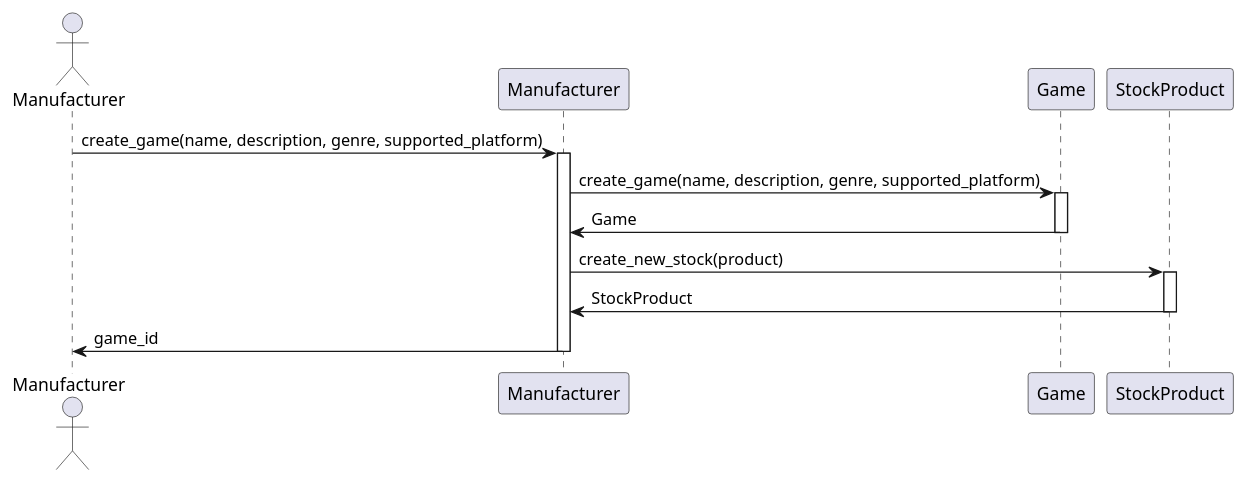
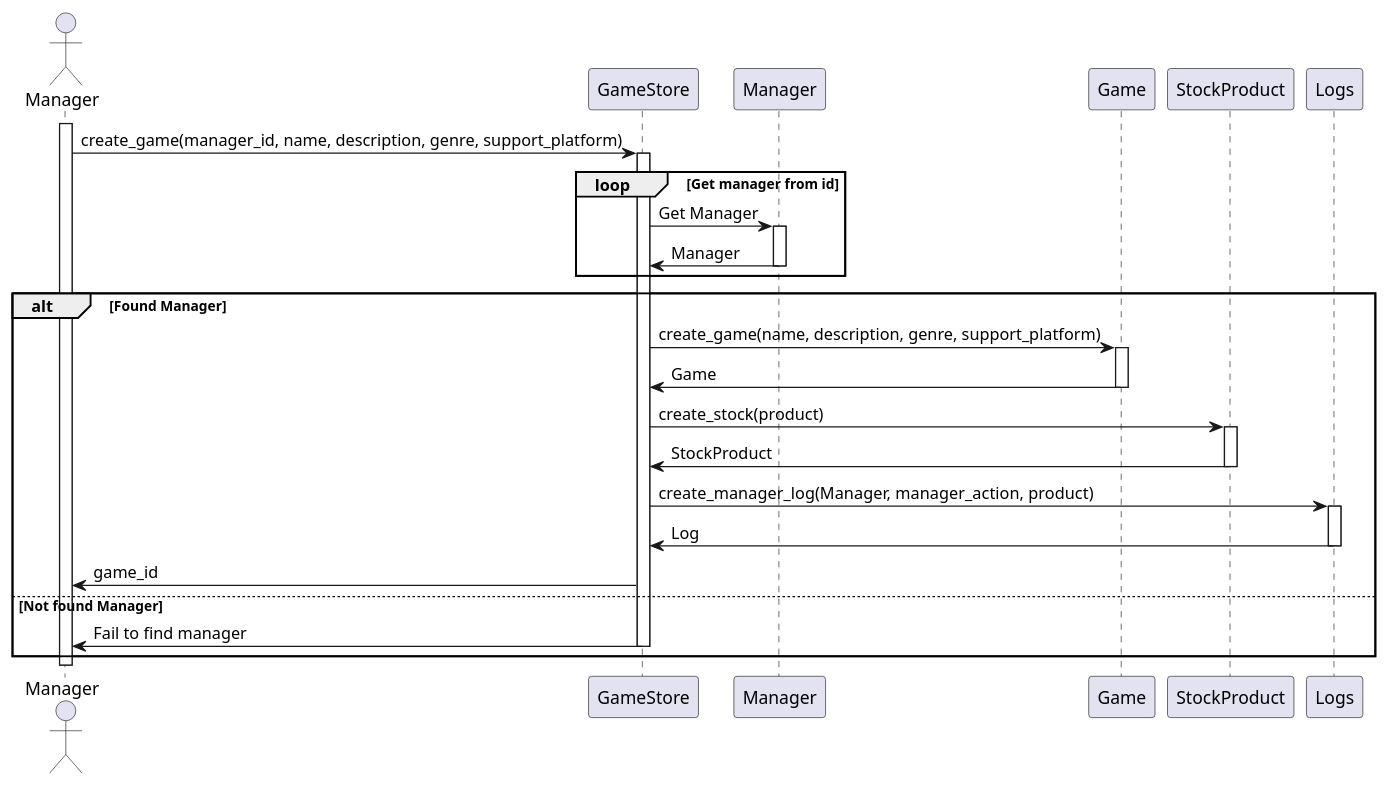
One commit to WaroonRagwongsiri/OOP_Project changed the diagram in SequenceDiagram/sequence_diagram_create_game.puml. Above: the diagram before and after it, drawn with PlantUML. The commit also changed 2 other files, not shown here.

Commit message:
Revised Subscribe seq and Create create_game seq diagram

```diff
--- a/SequenceDiagram/sequence_diagram_create_game.puml
+++ b/SequenceDiagram/sequence_diagram_create_game.puml
@@ -1,27 +1,57 @@
 @startuml SequenceDiagramCreateGame
 
-actor Manufacturer as A_Manufacturer
+actor Manager as A_Manager
 
-participant Manufacturer as P_Manufacturer
+participant GameStore
+participant Manager as P_Manager
 participant Game
 participant StockProduct
+participant Logs
 
-A_Manufacturer -> P_Manufacturer : create_game(name, description, genre, supported_platform)
-activate P_Manufacturer
+activate A_Manager
 
-P_Manufacturer -> Game : create_game(name, description, genre, supported_platform)
-activate Game
+A_Manager -> GameStore : create_game(manager_id, name, description, genre, support_platform)
+activate GameStore
 
-Game -> P_Manufacturer : Game
-deactivate Game
+loop Get manager from id
 
-P_Manufacturer -> StockProduct : create_new_stock(product)
-activate StockProduct
+	GameStore -> P_Manager : Get Manager
+	activate P_Manager
 
-StockProduct -> P_Manufacturer : StockProduct
-deactivate StockProduct
+	P_Manager -> GameStore : Manager
+	deactivate P_Manager
 
-P_Manufacturer -> A_Manufacturer : game_id
-deactivate P_Manufacturer
+end
+
+alt Found Manager
+
+	GameStore -> Game : create_game(name, description, genre, support_platform)
+	activate Game
+
+	Game -> GameStore : Game
+	deactivate Game
+
+	GameStore -> StockProduct : create_stock(product)
+	activate StockProduct
+
+	StockProduct -> GameStore : StockProduct
+	deactivate StockProduct
+
+	GameStore -> Logs : create_manager_log(Manager, manager_action, product)
+	activate Logs
+
+	Logs -> GameStore : Log
+	deactivate Logs
+
+	GameStore -> A_Manager : game_id
+
+else Not found Manager
+
+	GameStore -> A_Manager : Fail to find manager
+	deactivate GameStore
+
+end
+
+deactivate A_Manager
 
 @enduml
```
